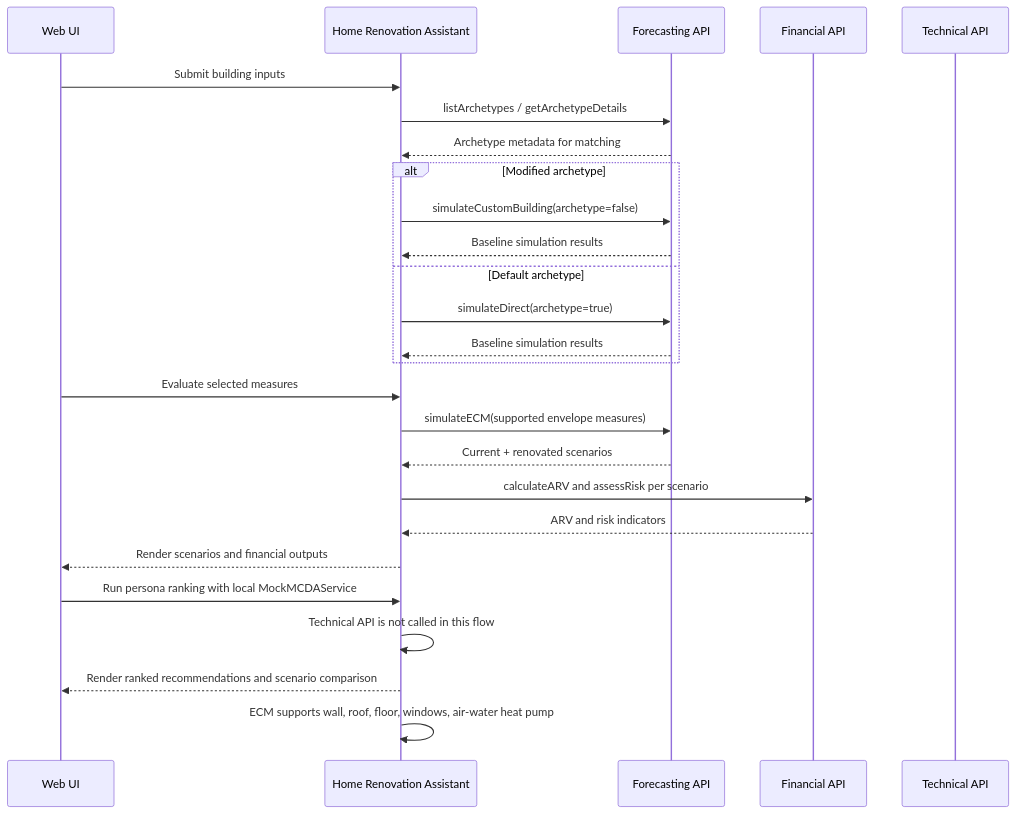
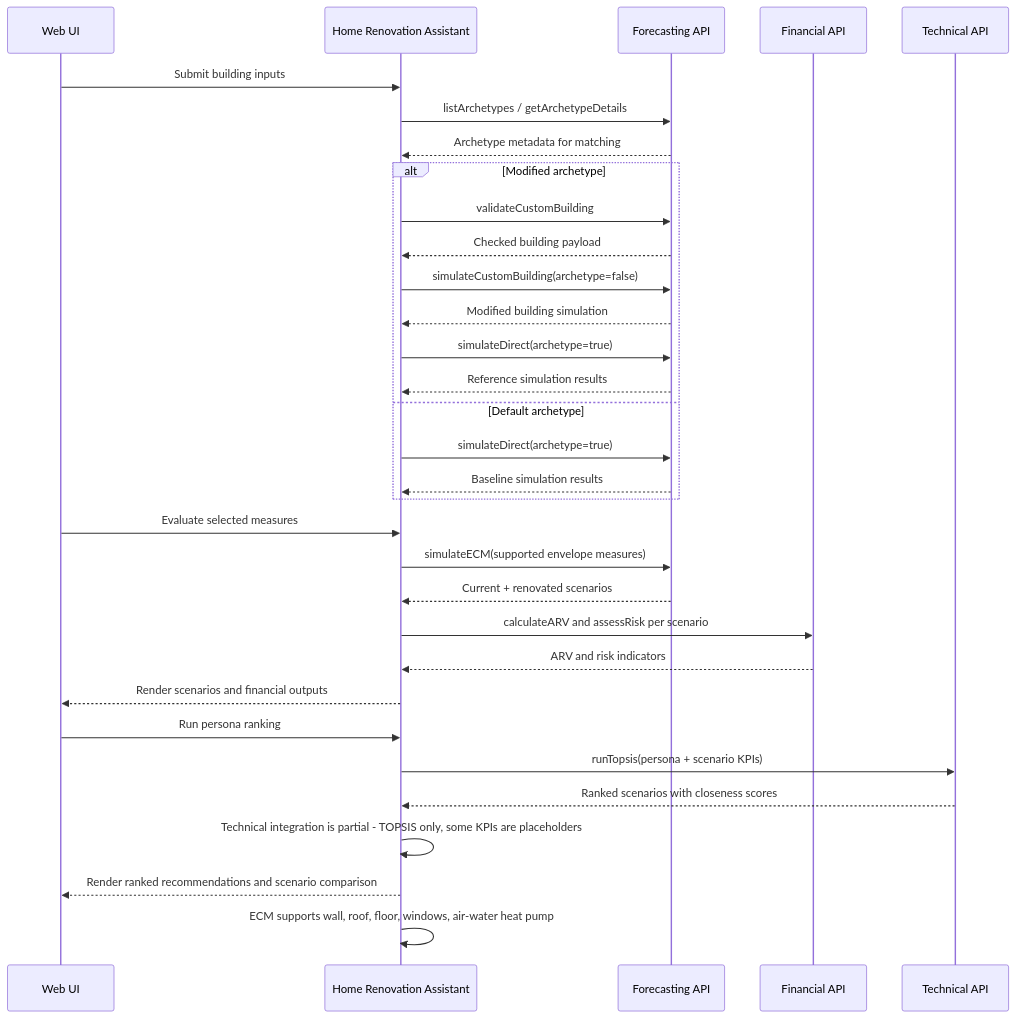
One commit to ReLIFE-Project-EU/relife-web-ui changed the first of 6 diagrams in README.md. Above: the diagram before and after it, drawn with Mermaid. The commit also changed other lines of this file, not shown here.

Commit message:
📝 Update README to reflect changes in technical API integration

````diff
--- a/README.md
+++ b/README.md
@@ -29,31 +29,37 @@
 ```mermaid
 sequenceDiagram
     participant UI as Web UI
     participant HRA as Home Renovation Assistant
     participant FCAST as Forecasting API
     participant FIN as Financial API
     participant TECH as Technical API
 
     UI->>HRA: Submit building inputs
     HRA->>FCAST: listArchetypes / getArchetypeDetails
     FCAST-->>HRA: Archetype metadata for matching
     alt Modified archetype
+      HRA->>FCAST: validateCustomBuilding
+      FCAST-->>HRA: Checked building payload
       HRA->>FCAST: simulateCustomBuilding(archetype=false)
-      FCAST-->>HRA: Baseline simulation results
+      FCAST-->>HRA: Modified building simulation
+      HRA->>FCAST: simulateDirect(archetype=true)
+      FCAST-->>HRA: Reference simulation results
     else Default archetype
       HRA->>FCAST: simulateDirect(archetype=true)
       FCAST-->>HRA: Baseline simulation results
     end
 
     UI->>HRA: Evaluate selected measures
     HRA->>FCAST: simulateECM(supported envelope measures)
     FCAST-->>HRA: Current + renovated scenarios
     HRA->>FIN: calculateARV and assessRisk per scenario
     FIN-->>HRA: ARV and risk indicators
     HRA-->>UI: Render scenarios and financial outputs
 
-    UI->>HRA: Run persona ranking with local MockMCDAService
-    HRA->>HRA: Technical API is not called in this flow
+    UI->>HRA: Run persona ranking
+    HRA->>TECH: runTopsis(persona + scenario KPIs)
+    TECH-->>HRA: Ranked scenarios with closeness scores
+    HRA->>HRA: Technical integration is partial - TOPSIS only, some KPIs are placeholders
     HRA-->>UI: Render ranked recommendations and scenario comparison
     HRA->>HRA: ECM supports wall, roof, floor, windows, air-water heat pump
 ```
````
